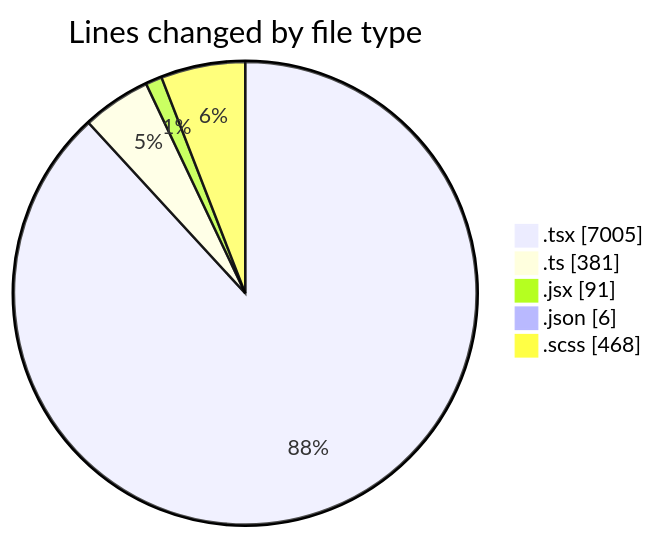
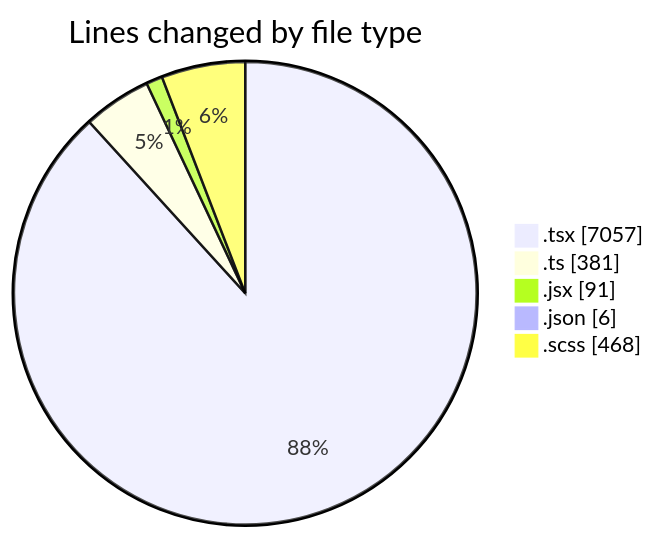
The first of 2 diagrams in 2026-04-27/cda/README.md (momahboobian/code-tracking), drawn with Mermaid before and after one commit. The commit also changed other lines of this file and 1 other file, not shown here.

````diff
--- a/2026-04-27/cda/README.md
+++ b/2026-04-27/cda/README.md
@@ -46,9 +46,9 @@
 ```mermaid
 pie showData
 title Lines changed by file type
-".tsx" : 7005
+".tsx" : 7057
 ".ts" : 381
 ".jsx" : 91
 ".json" : 6
 ".scss" : 468
 ```
````
